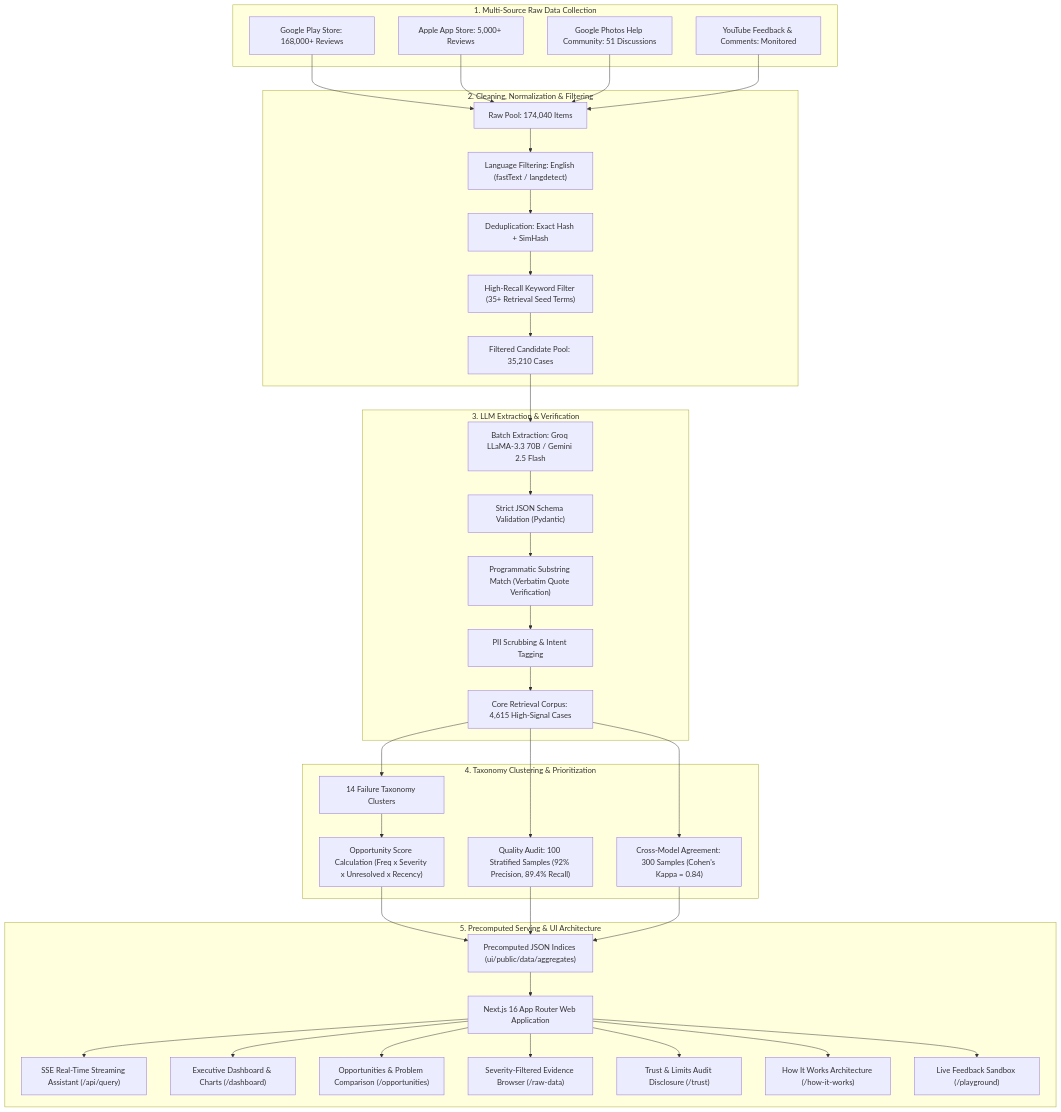
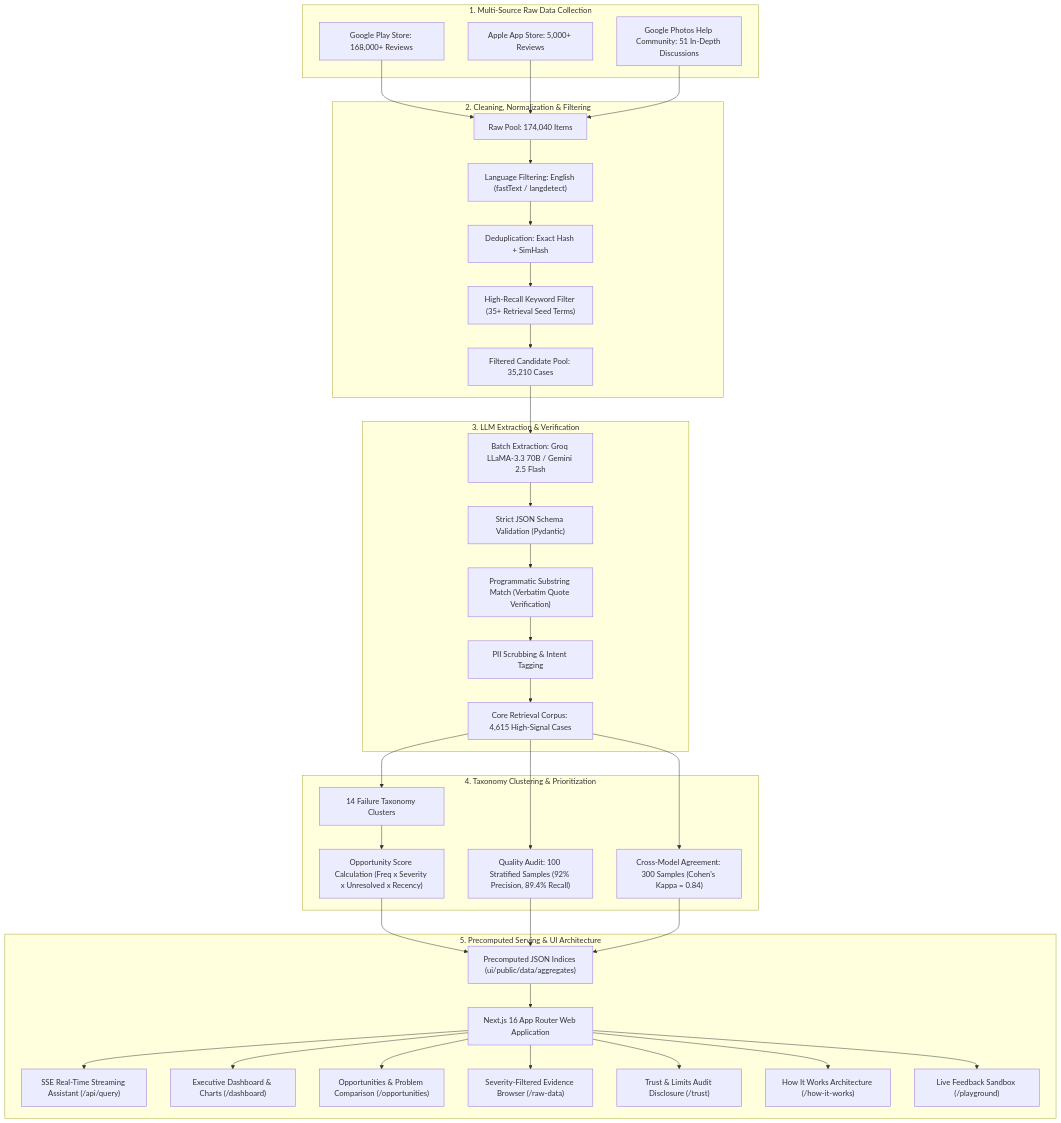
One commit to hardiksharma29002-stack/google-photos-ai-discovery-engine changed the diagram in README.md. Above: the diagram before and after it, drawn with Mermaid. The commit also changed other lines of this file and 9 other files, not shown here.

Commit message:
chore: remove mock data script and unused YouTube collector/API references

````diff
--- a/README.md
+++ b/README.md
@@ -11,67 +11,65 @@
 ```mermaid
 flowchart TD
     subgraph Data_Sources["1. Multi-Source Raw Data Collection"]
         GP["Google Play Store: 168,000+ Reviews"]
         AS["Apple App Store: 5,000+ Reviews"]
-        HC["Google Photos Help Community: 51 Discussions"]
-        YT["YouTube Feedback & Comments: Monitored"]
+        HC["Google Photos Help Community: 51 In-Depth Discussions"]
     end
 
     subgraph Phase_2["2. Cleaning, Normalization & Filtering"]
         RAW["Raw Pool: 174,040 Items"]
         LANG["Language Filtering: English (fastText / langdetect)"]
         DEDUP["Deduplication: Exact Hash + SimHash"]
         PREFILTER["High-Recall Keyword Filter (35+ Retrieval Seed Terms)"]
         CANDIDATES["Filtered Candidate Pool: 35,210 Cases"]
     end
 
     subgraph Phase_3["3. LLM Extraction & Verification"]
         LLM_CALL["Batch Extraction: Groq LLaMA-3.3 70B / Gemini 2.5 Flash"]
         SCHEMA["Strict JSON Schema Validation (Pydantic)"]
         SUBSTRING["Programmatic Substring Match (Verbatim Quote Verification)"]
         PII["PII Scrubbing & Intent Tagging"]
         CORE["Core Retrieval Corpus: 4,615 High-Signal Cases"]
     end
 
     subgraph Phase_4["4. Taxonomy Clustering & Prioritization"]
         CLUSTERS["14 Failure Taxonomy Clusters"]
         OPP_SCORE["Opportunity Score Calculation (Freq x Severity x Unresolved x Recency)"]
         AUDIT["Quality Audit: 100 Stratified Samples (92% Precision, 89.4% Recall)"]
         AGREEMENT["Cross-Model Agreement: 300 Samples (Cohen's Kappa = 0.84)"]
     end
 
     subgraph Phase_5["5. Precomputed Serving & UI Architecture"]
         STATIC_JSON["Precomputed JSON Indices (ui/public/data/aggregates)"]
         NEXT_APP["Next.js 16 App Router Web Application"]
         SSE_API["SSE Real-Time Streaming Assistant (/api/query)"]
         DASHBOARD["Executive Dashboard & Charts (/dashboard)"]
         OPP_PAGE["Opportunities & Problem Comparison (/opportunities)"]
         EVIDENCE["Severity-Filtered Evidence Browser (/raw-data)"]
         TRUST["Trust & Limits Audit Disclosure (/trust)"]
         HOW["How It Works Architecture (/how-it-works)"]
         PLAYGROUND["Live Feedback Sandbox (/playground)"]
     end
 
     GP --> RAW
     AS --> RAW
     HC --> RAW
-    YT --> RAW
 
     RAW --> LANG --> DEDUP --> PREFILTER --> CANDIDATES
     CANDIDATES --> LLM_CALL --> SCHEMA --> SUBSTRING --> PII --> CORE
     CORE --> CLUSTERS --> OPP_SCORE
     CORE --> AUDIT
     CORE --> AGREEMENT
     OPP_SCORE --> STATIC_JSON
     AUDIT --> STATIC_JSON
     AGREEMENT --> STATIC_JSON
 
     STATIC_JSON --> NEXT_APP
     NEXT_APP --> SSE_API
     NEXT_APP --> DASHBOARD
     NEXT_APP --> OPP_PAGE
     NEXT_APP --> EVIDENCE
     NEXT_APP --> TRUST
     NEXT_APP --> HOW
     NEXT_APP --> PLAYGROUND
 ```
````
